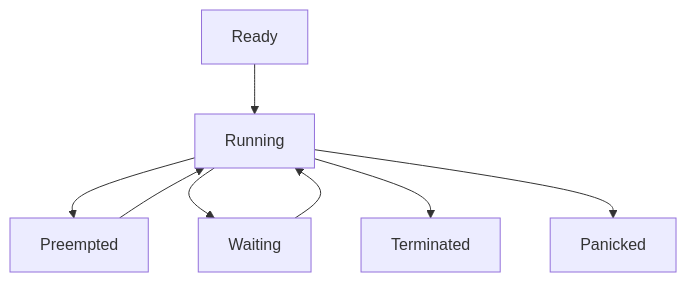
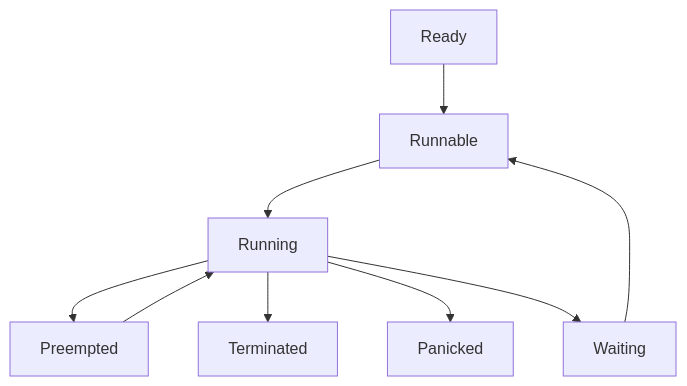
Before and after one commit to tier4/awkernel: the diagram in specification/awkernel_async_lib/src/task/cooperative/README.md, drawn with Mermaid. The commit also changed other lines of this file and 6 other files, not shown here.

````diff
--- a/specification/awkernel_async_lib/src/task/cooperative/README.md
+++ b/specification/awkernel_async_lib/src/task/cooperative/README.md
@@ -97,8 +98,8 @@
 ```mermaid
 graph TD;
-    Ready-->Running;
+    Ready-->Runnable;
     Running-->Preempted-->Running;
-    Running-->Waiting-->Running;
     Running-->Terminated;
     Running-->Panicked;
+    Running-->Waiting-->Runnable-->Running;
 ```
````
